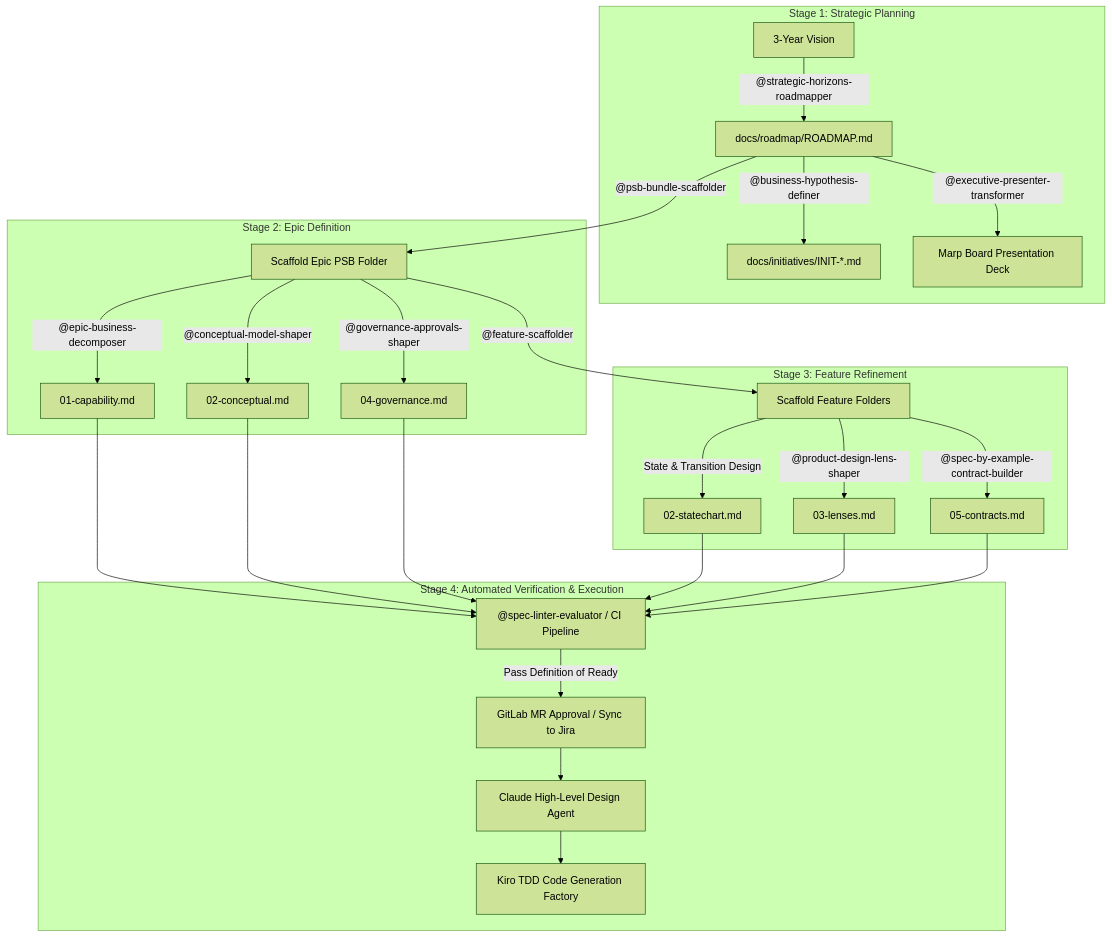
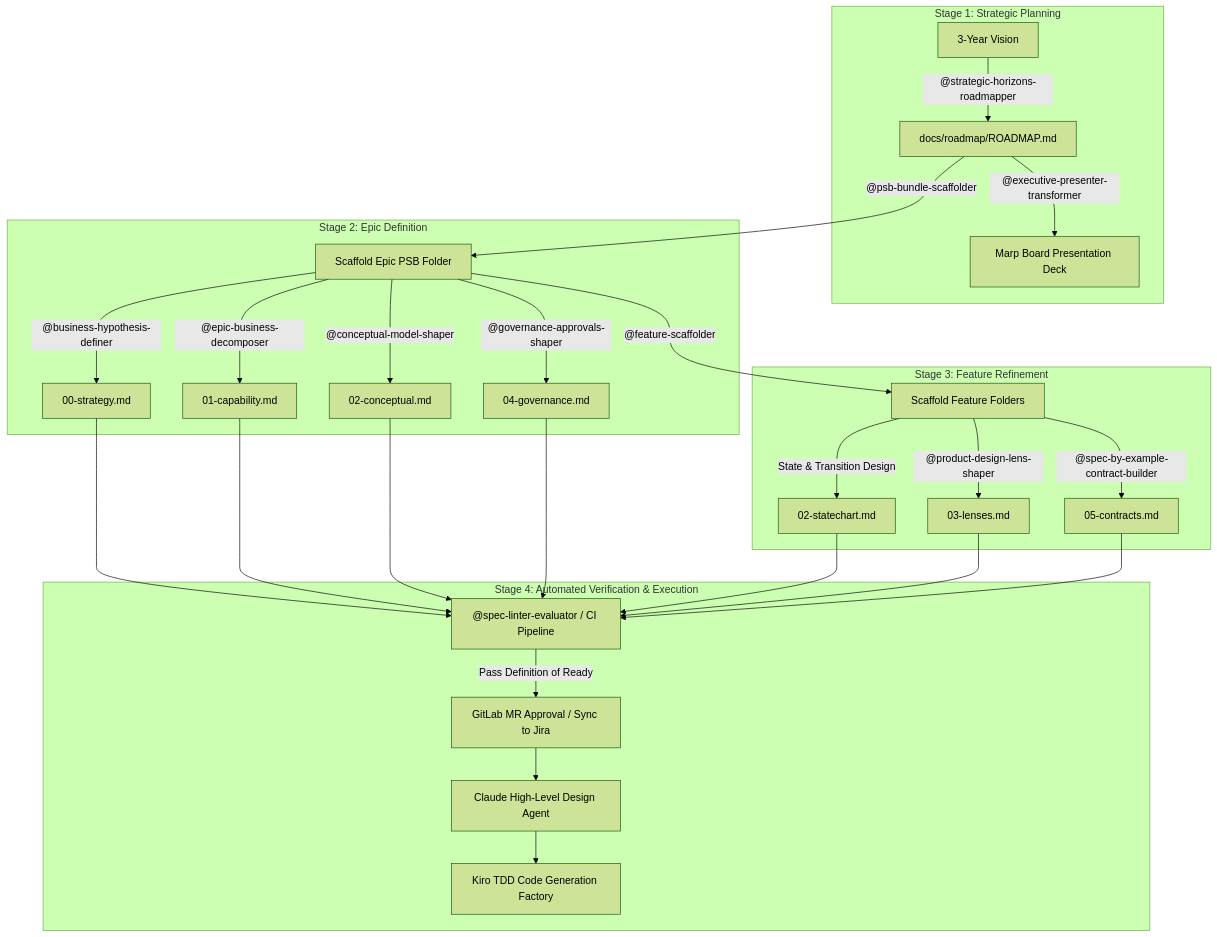
Before and after one commit to kathirvelunathan/product-design-skill: the diagram in README.md, drawn with Mermaid (forest theme). The commit also changed 33 other files, not shown here.

````diff
--- a/README.md
+++ b/README.md
@@ -67,34 +67,35 @@
 ```mermaid
 flowchart TD
     subgraph Stage1["Stage 1: Strategic Planning"]
         A["3-Year Vision"] -->|"@strategic-horizons-roadmapper"| B["docs/roadmap/ROADMAP.md"]
-        B -->|"@business-hypothesis-definer"| C["docs/initiatives/INIT-*.md"]
         B -->|"@executive-presenter-transformer"| D["Marp Board Presentation Deck"]
     end
 
     subgraph Stage2["Stage 2: Epic Definition"]
         B -->|"@psb-bundle-scaffolder"| E["Scaffold Epic PSB Folder"]
+        E -->|"@business-hypothesis-definer"| C["00-strategy.md"]
         E -->|"@epic-business-decomposer"| F["01-capability.md"]
         E -->|"@conceptual-model-shaper"| G["02-conceptual.md"]
         E -->|"@governance-approvals-shaper"| H["04-governance.md"]
     end
 
     subgraph Stage3["Stage 3: Feature Refinement"]
         E -->|"@feature-scaffolder"| I["Scaffold Feature Folders"]
         I -->|"State & Transition Design"| J["02-statechart.md"]
         I -->|"@product-design-lens-shaper"| K["03-lenses.md"]
         I -->|"@spec-by-example-contract-builder"| L["05-contracts.md"]
     end
 
     subgraph Stage4["Stage 4: Automated Verification & Execution"]
-        F --> M["@spec-linter-evaluator / CI Pipeline"]
+        C --> M["@spec-linter-evaluator / CI Pipeline"]
+        F --> M
         G --> M
         H --> M
         J --> M
         K --> M
         L --> M
         M -->|"Pass Definition of Ready"| N["GitLab MR Approval / Sync to Jira"]
         N --> O["Claude High-Level Design Agent"]
         O --> P["Kiro TDD Code Generation Factory"]
     end
 ```
````
